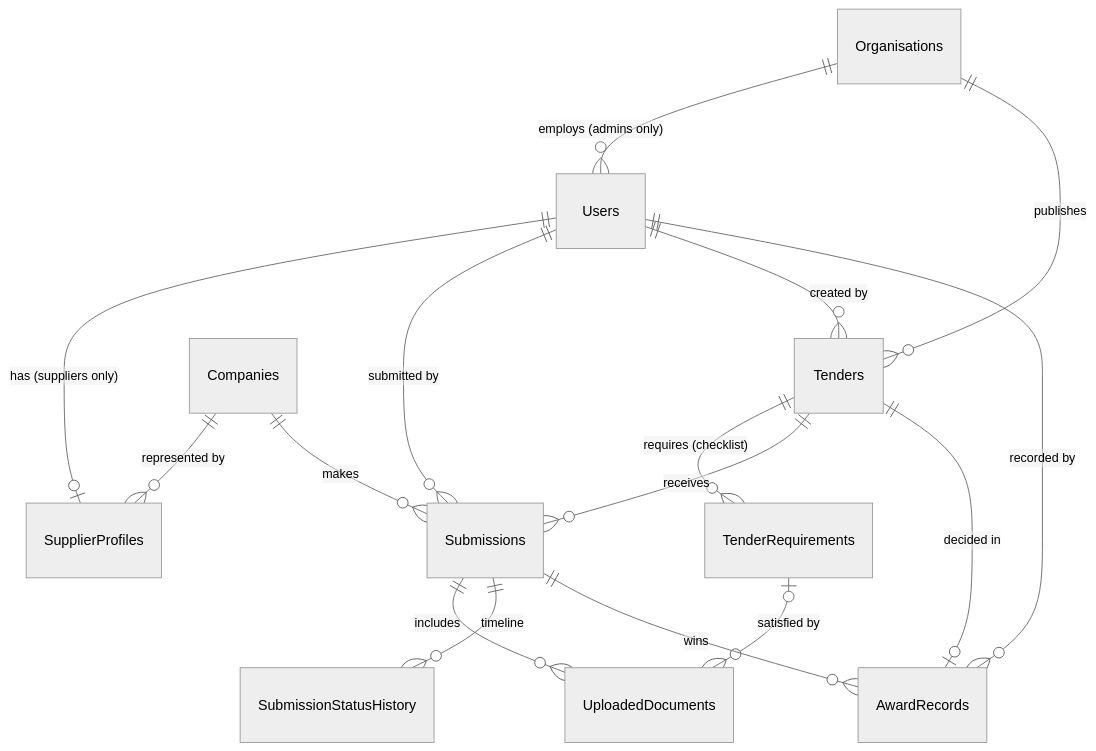
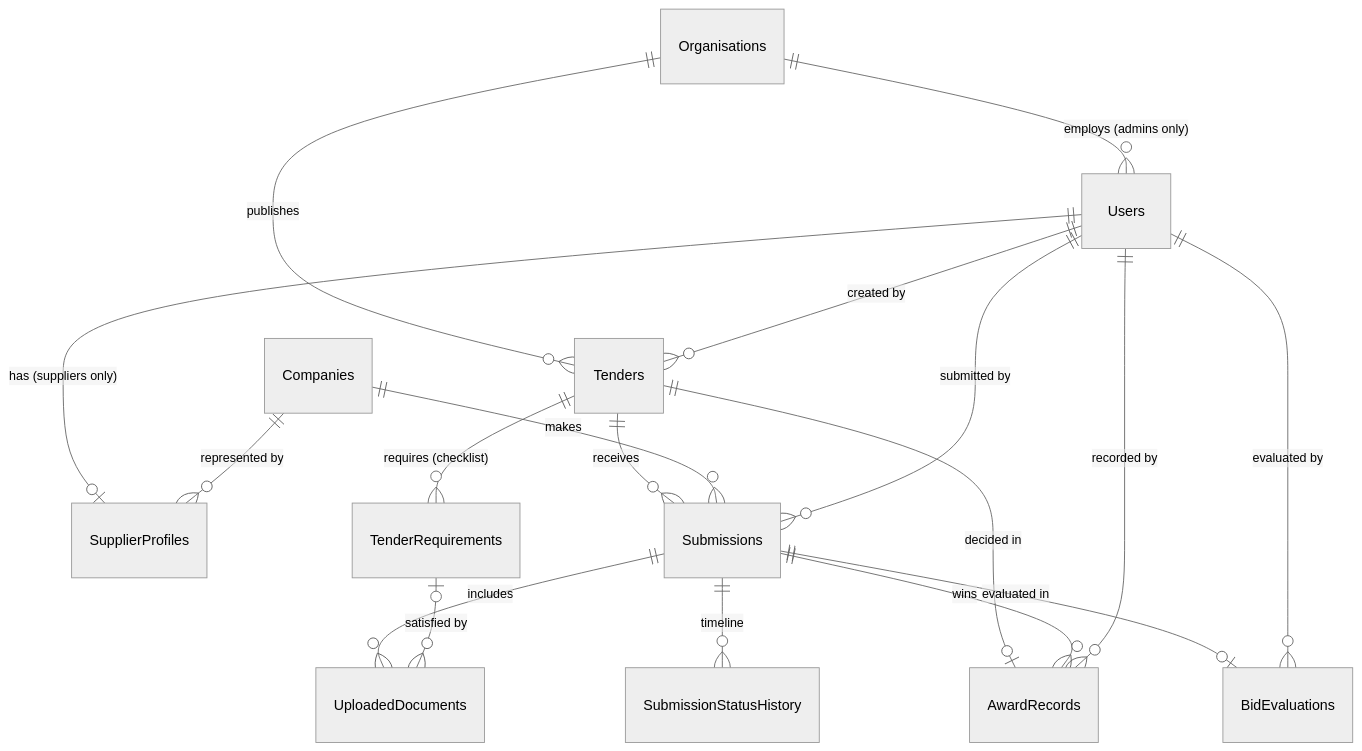
The diagram in docs/DATA_MODEL.md (AneleYolanda/EProcure), drawn with Mermaid (neutral theme) before and after one commit. The commit also changed other lines of this file and 39 other files, not shown here.

````diff
--- a/docs/DATA_MODEL.md
+++ b/docs/DATA_MODEL.md
@@ -16,18 +17,20 @@
 ```mermaid
 erDiagram
     Organisations ||--o{ Users : "employs (admins only)"
     Organisations ||--o{ Tenders : "publishes"
     Users ||--o| SupplierProfiles : "has (suppliers only)"
     Companies ||--o{ SupplierProfiles : "represented by"
     Tenders ||--o{ TenderRequirements : "requires (checklist)"
     Tenders ||--o{ Submissions : "receives"
     Companies ||--o{ Submissions : "makes"
     Users ||--o{ Submissions : "submitted by"
     Submissions ||--o{ UploadedDocuments : "includes"
     TenderRequirements |o--o{ UploadedDocuments : "satisfied by"
     Submissions ||--o{ SubmissionStatusHistory : "timeline"
     Tenders ||--o| AwardRecords : "decided in"
     Submissions ||--o{ AwardRecords : "wins"
     Users ||--o{ Tenders : "created by"
     Users ||--o{ AwardRecords : "recorded by"
+    Submissions ||--o| BidEvaluations : "evaluated in"
+    Users ||--o{ BidEvaluations : "evaluated by"
 ```
````
